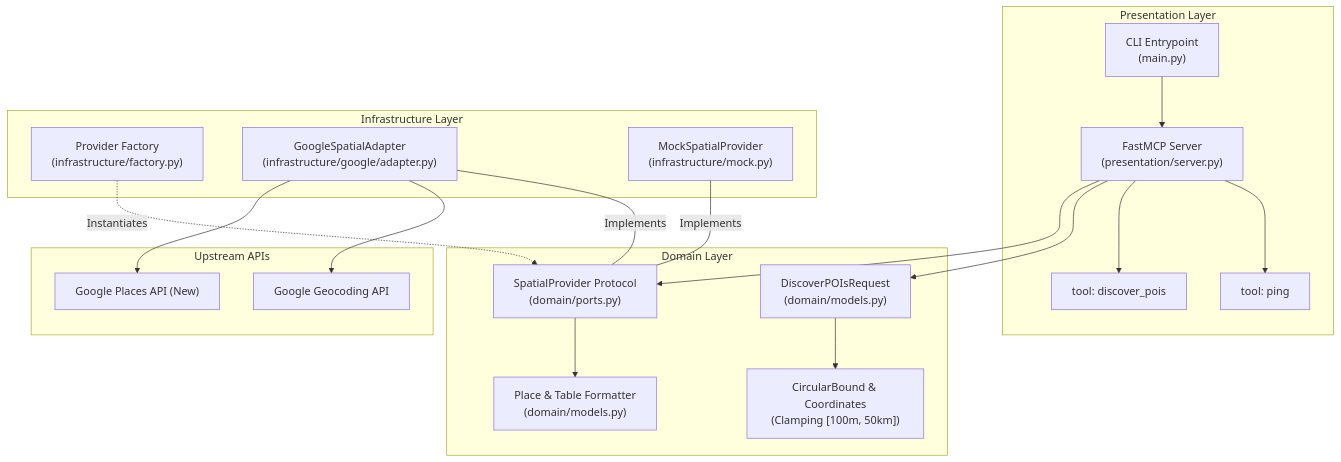
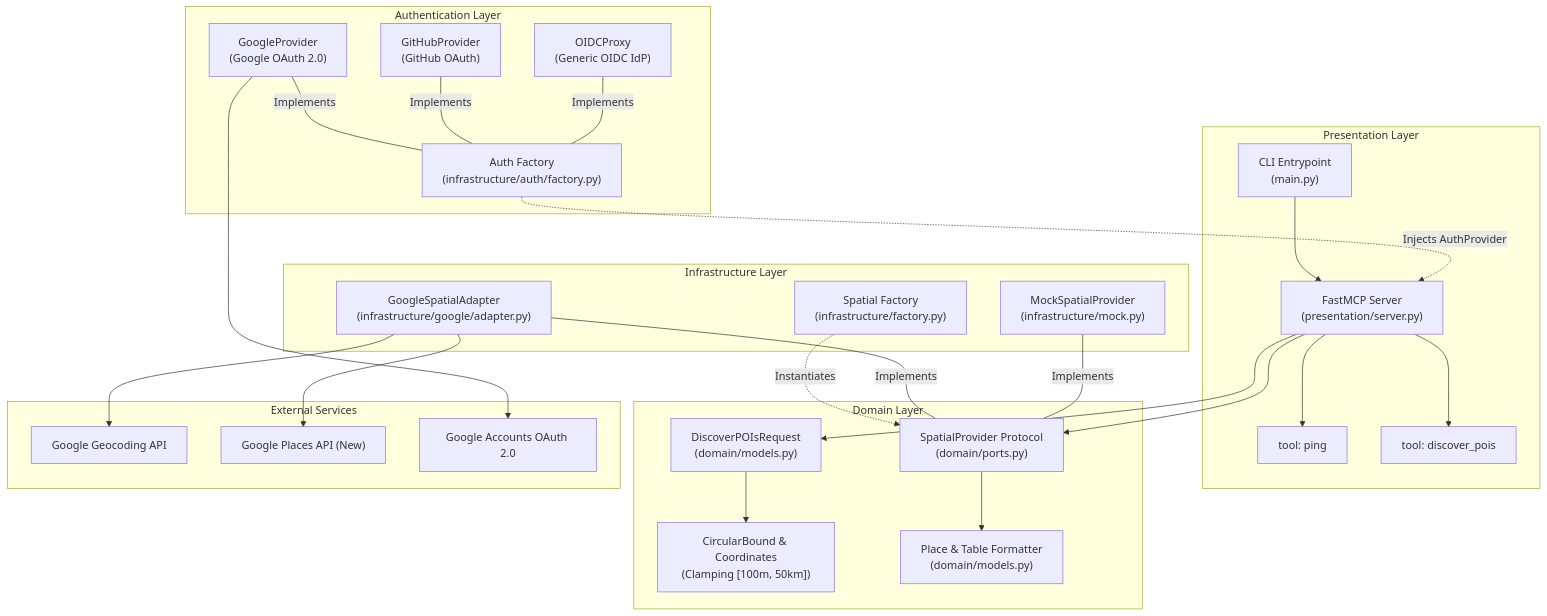
One commit to anshulpatel25/paridhi changed the first of 5 diagrams in README.md. Above: the diagram before and after it, drawn with Mermaid. The commit also changed other lines of this file and 12 other files, not shown here.

Commit message:
Added support for auth provider

````diff
--- a/README.md
+++ b/README.md
@@ -29,26 +30,34 @@
 ```mermaid
 graph TD
     subgraph Presentation Layer
         CLI["CLI Entrypoint<br/>(main.py)"] --> Server["FastMCP Server<br/>(presentation/server.py)"]
         Server --> Tool1["tool: ping"]
         Server --> Tool2["tool: discover_pois"]
+    end
+
+    subgraph Authentication Layer
+        AuthFactory["Auth Factory<br/>(infrastructure/auth/factory.py)"] -.->|Injects AuthProvider| Server
+        GoogleIdP["GoogleProvider<br/>(Google OAuth 2.0)"] ---|Implements| AuthFactory
+        GitHubIdP["GitHubProvider<br/>(GitHub OAuth)"] ---|Implements| AuthFactory
+        OIDCIdP["OIDCProxy<br/>(Generic OIDC IdP)"] ---|Implements| AuthFactory
     end
 
     subgraph Domain Layer
         Server --> RequestModel["DiscoverPOIsRequest<br/>(domain/models.py)"]
         RequestModel --> Bounds["CircularBound & Coordinates<br/>(Clamping [100m, 50km])"]
         Server --> Port["SpatialProvider Protocol<br/>(domain/ports.py)"]
         Port --> PlaceModel["Place & Table Formatter<br/>(domain/models.py)"]
     end
 
     subgraph Infrastructure Layer
-        Factory["Provider Factory<br/>(infrastructure/factory.py)"] -.->|Instantiates| Port
+        Factory["Spatial Factory<br/>(infrastructure/factory.py)"] -.->|Instantiates| Port
         GoogleAdapter["GoogleSpatialAdapter<br/>(infrastructure/google/adapter.py)"] ---|Implements| Port
         MockAdapter["MockSpatialProvider<br/>(infrastructure/mock.py)"] ---|Implements| Port
     end
 
-    subgraph Upstream APIs
+    subgraph External Services
         GoogleAdapter --> GeocodingAPI["Google Geocoding API"]
         GoogleAdapter --> PlacesAPI["Google Places API (New)"]
+        GoogleIdP --> GoogleAccounts["Google Accounts OAuth 2.0"]
     end
 ```
````
